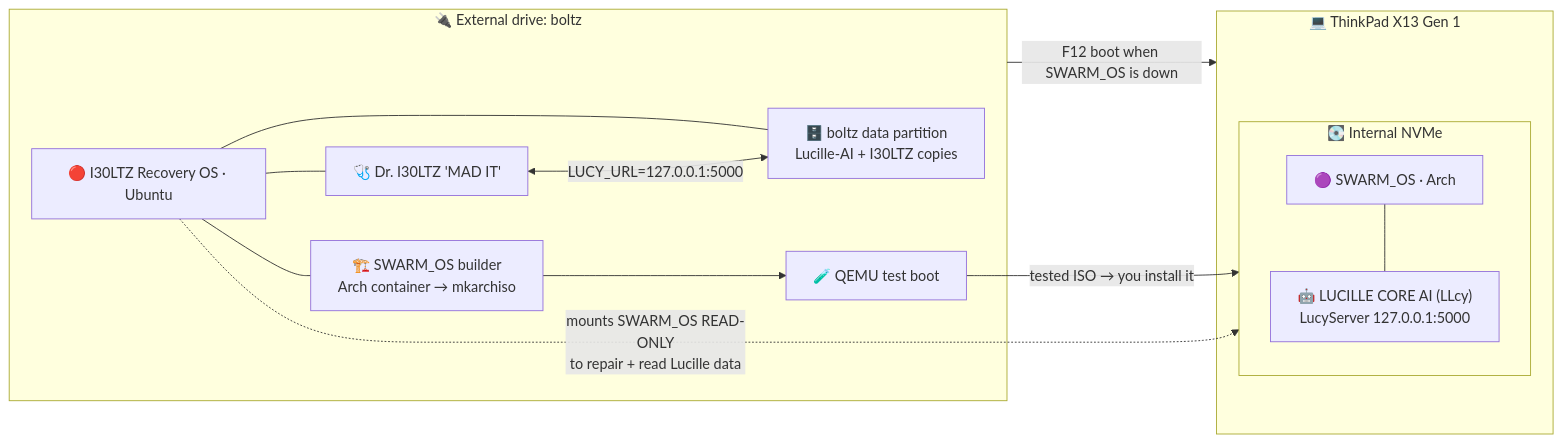
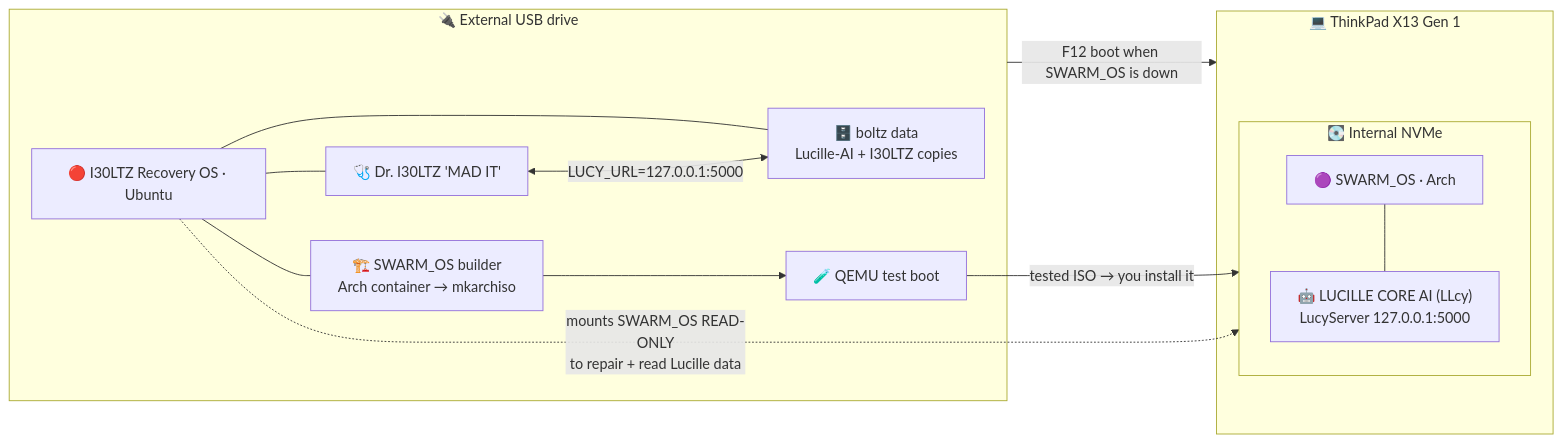
One commit to SWARM-OS-SUITE/I30LTZ-Recovery-OS changed the diagram in docs/SUITE_ARCHITECTURE.md. Above: the diagram before and after it, drawn with Mermaid. The commit also changed other lines of this file and 3 other files, not shown here.

````diff
--- a/docs/SUITE_ARCHITECTURE.md
+++ b/docs/SUITE_ARCHITECTURE.md
@@ -35,24 +37,24 @@
 ```mermaid
 flowchart LR
   subgraph X13["💻 ThinkPad X13 Gen 1"]
     subgraph NVME["💽 Internal NVMe"]
       SW["🟣 SWARM_OS · Arch"]
       LU["🤖 LUCILLE CORE AI (LLcy)<br/>LucyServer 127.0.0.1:5000"]
       SW --- LU
     end
   end
-  subgraph BOLTZ["🔌 External drive: boltz"]
+  subgraph BOLTZ["🔌 External USB drive"]
     RO["🔴 I30LTZ Recovery OS · Ubuntu"]
     MAD["🩺 Dr. I30LTZ 'MAD IT'"]
     BLD["🏗️ SWARM_OS builder<br/>Arch container → mkarchiso"]
     VM["🧪 QEMU test boot"]
-    DATA["🗄️ boltz data partition<br/>Lucille-AI + I30LTZ copies"]
+    DATA["🗄️ boltz data<br/>Lucille-AI + I30LTZ copies"]
     RO --- MAD
     RO --- BLD --> VM
     RO --- DATA
   end
   BOLTZ -- "F12 boot when SWARM_OS is down" --> X13
   VM -- "tested ISO → you install it" --> NVME
   RO -. "mounts SWARM_OS READ-ONLY<br/>to repair + read Lucille data" .-> NVME
   MAD <-- "LUCY_URL=127.0.0.1:5000" --> DATA
 ```
````
